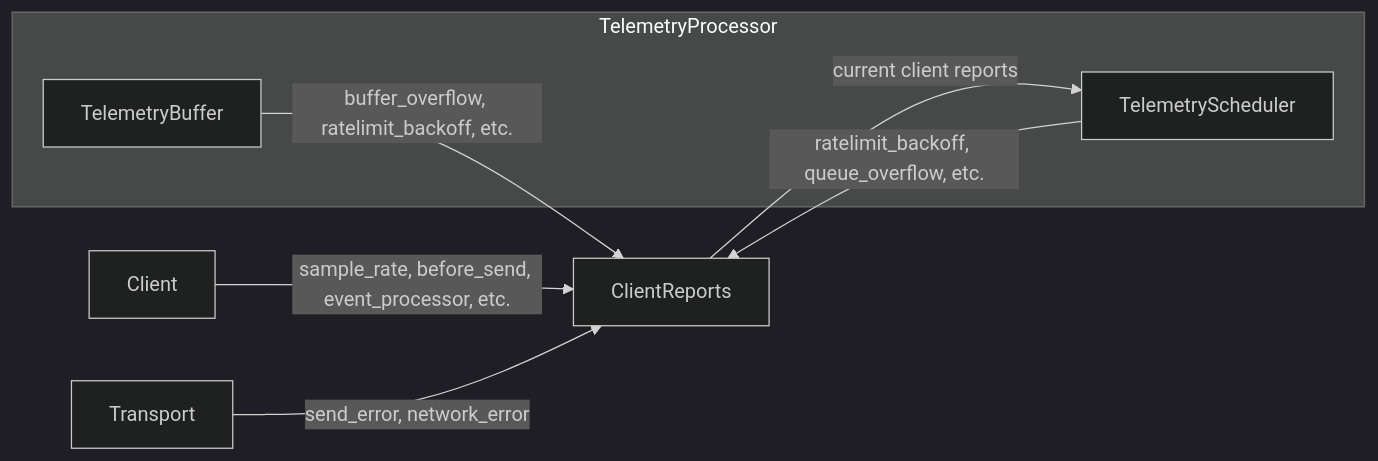
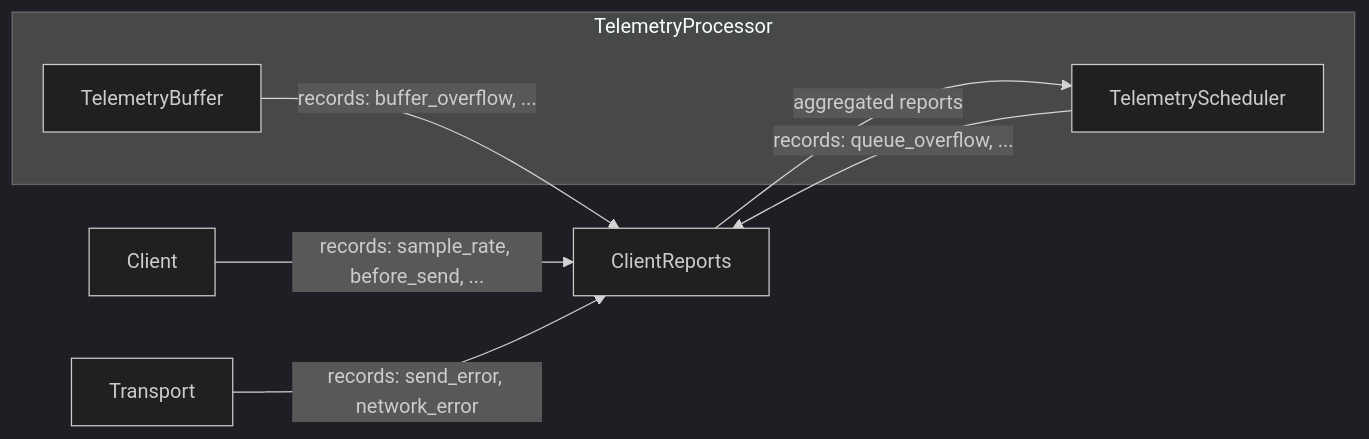
The third of 3 diagrams in develop-docs/sdk/telemetry/telemetry-processor/index.mdx (getsentry/sentry-docs), drawn with Mermaid (dark theme) before and after one commit. The commit also changed other lines of this file and 1 other file, not shown here.

````diff
--- a/develop-docs/sdk/telemetry/telemetry-processor/index.mdx
+++ b/develop-docs/sdk/telemetry/telemetry-processor/index.mdx
@@ -127,15 +127,15 @@
 ```mermaid
 flowchart LR
   ClientReports["ClientReports"]
-  Client -- sample_rate, before_send, event_processor, etc. --> ClientReports
+  Client -- "records: sample_rate, before_send, ..." --> ClientReports
 
   subgraph TelemetryProcessor
     TelemetryBuffer
     TelemetryScheduler
   end
 
-  TelemetryBuffer -- buffer_overflow, ratelimit_backoff, etc. --> ClientReports
-  TelemetryScheduler -- ratelimit_backoff, queue_overflow, etc. --> ClientReports
-  Transport -- send_error, network_error --> ClientReports
-  ClientReports -- current client reports --> TelemetryScheduler
+  TelemetryBuffer -- "records: buffer_overflow, ..." --> ClientReports
+  TelemetryScheduler -- "records: queue_overflow, ..." --> ClientReports
+  Transport -- "records: send_error, network_error" --> ClientReports
+  ClientReports -- "aggregated reports" --> TelemetryScheduler
 ```
````
